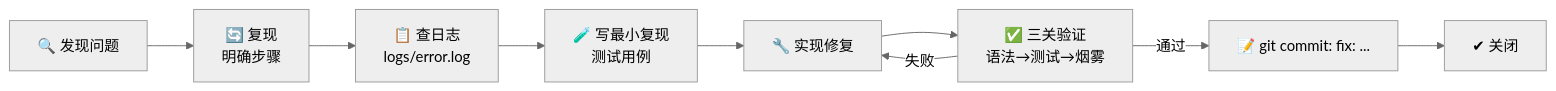
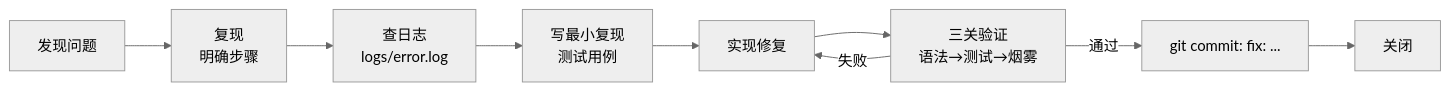
Before and after one commit to wwwhhh333/FaceDoodle: the fourth of 6 diagrams in docs/QUALITY_PLAN.md, drawn with Mermaid (neutral theme). The commit also changed other lines of this file and 18 other files, not shown here.

````diff
--- a/docs/QUALITY_PLAN.md
+++ b/docs/QUALITY_PLAN.md
@@ -325,11 +326,11 @@
 ```mermaid
 flowchart LR
-    A["🔍 发现问题"] --> B["🔄 复现<br/>明确步骤"]
-    B --> C["📋 查日志<br/>logs/error.log"]
-    C --> D["🧪 写最小复现<br/>测试用例"]
-    D --> E["🔧 实现修复"]
-    E --> F["✅ 三关验证<br/>语法→测试→烟雾"]
-    F -->|通过| G["📝 git commit: fix: ..."]
-    G --> H["✔ 关闭"]
+    A["发现问题"] --> B["复现<br/>明确步骤"]
+    B --> C["查日志<br/>logs/error.log"]
+    C --> D["写最小复现<br/>测试用例"]
+    D --> E["实现修复"]
+    E --> F["三关验证<br/>语法→测试→烟雾"]
+    F -->|通过| G["git commit: fix: ..."]
+    G --> H["关闭"]
     F -->|失败| E
 ```
````
